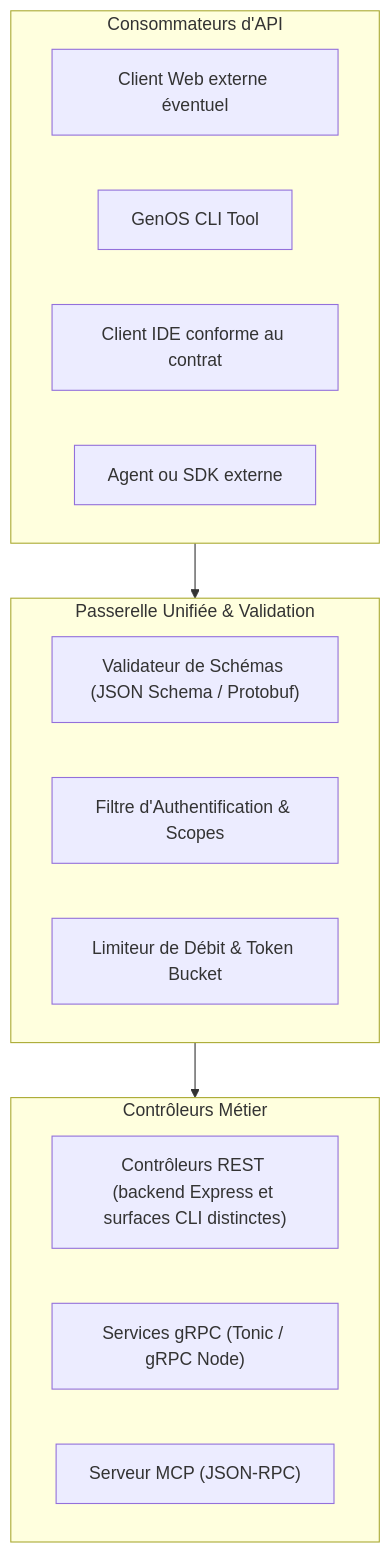
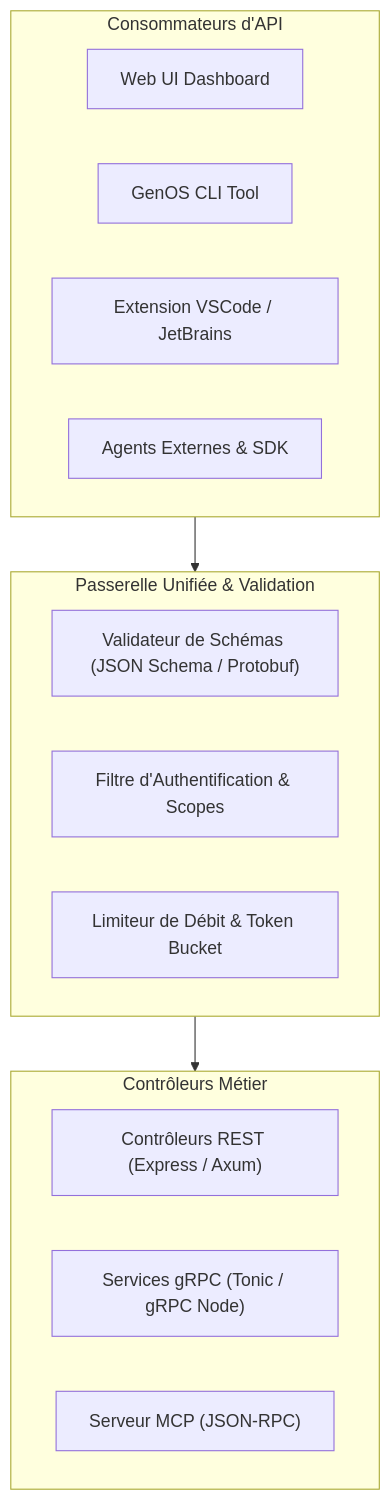
The second of 4 diagrams in docs/03-reference/api-et-contrats.md (PISSARAW/GenOS), drawn with Mermaid before and after one commit. The commit also changed other lines of this file and 22 other files, not shown here.

````diff
--- a/docs/03-reference/api-et-contrats.md
+++ b/docs/03-reference/api-et-contrats.md
@@ -281,24 +282,24 @@
 ```mermaid
 flowchart TB
     subgraph Clients["Consommateurs d'API"]
-        WebUI["Client Web externe éventuel"]
+        WebUI["Web UI Dashboard"]
         CLIClient["GenOS CLI Tool"]
-        IDEPlugin["Client IDE conforme au contrat"]
-        ExtAgent["Agent ou SDK externe"]
+        IDEPlugin["Extension VSCode / JetBrains"]
+        ExtAgent["Agents Externes & SDK"]
     end
 
     subgraph Gateway["Passerelle Unifiée & Validation"]
         SchemaValidator["Validateur de Schémas (JSON Schema / Protobuf)"]
         AuthFilter["Filtre d'Authentification & Scopes"]
         RateLimiter["Limiteur de Débit & Token Bucket"]
     end
 
     subgraph Handlers["Contrôleurs Métier"]
-        RESTCtrl["Contrôleurs REST (backend Express et surfaces CLI distinctes)"]
+        RESTCtrl["Contrôleurs REST (Express / Axum)"]
         gRPCCtrl["Services gRPC (Tonic / gRPC Node)"]
         MCPAdapter["Serveur MCP (JSON-RPC)"]
     end
 
     Clients --> Gateway
     Gateway --> Handlers
 ```
````
